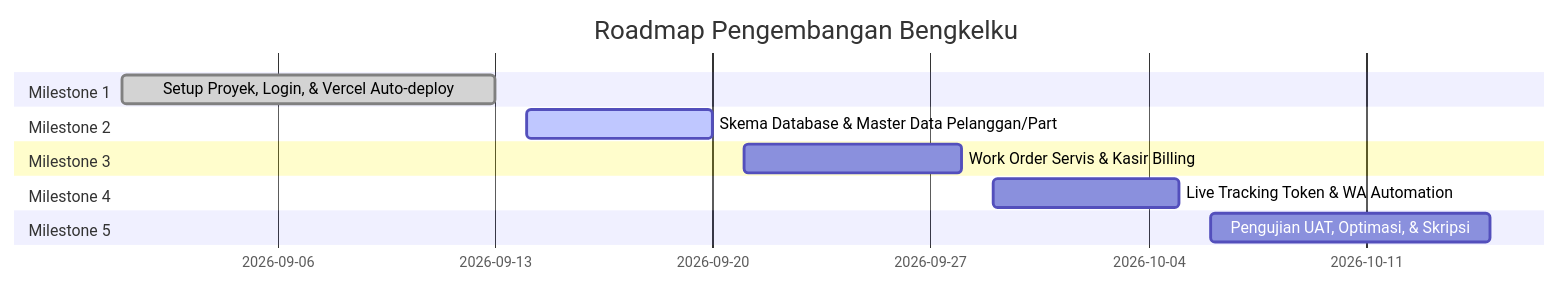
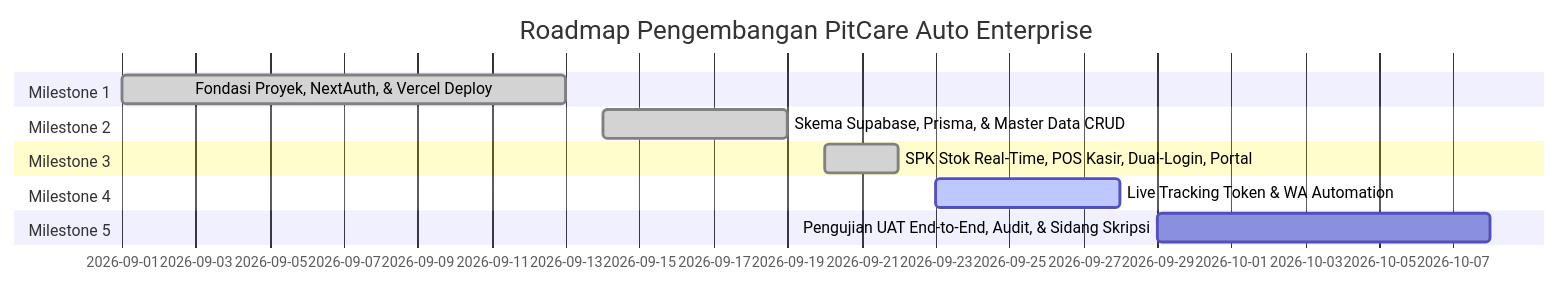
One commit to PrabuPebe/bengkel-app changed the third of 3 diagrams in docs/PRD.md. Above: the diagram before and after it, drawn with Mermaid. The commit also changed other lines of this file, not shown here.

Commit message:
docs: update PRD to v2.0.0 for PitCare Auto Enterprise with completed Milestone 3

````diff
--- a/docs/PRD.md
+++ b/docs/PRD.md
@@ -256,15 +270,15 @@
 ```mermaid
 gantt
-    title Roadmap Pengembangan Bengkelku
+    title Roadmap Pengembangan PitCare Auto Enterprise
     dateFormat  YYYY-MM-DD
     section Milestone 1
-    Setup Proyek, Login, & Vercel Auto-deploy :done, m1, 2026-09-01, 2026-09-13
+    Fondasi Proyek, NextAuth, & Vercel Deploy :done, m1, 2026-09-01, 2026-09-13
     section Milestone 2
-    Skema Database & Master Data Pelanggan/Part :active, m2, 2026-09-14, 2026-09-20
+    Skema Supabase, Prisma, & Master Data CRUD :done, m2, 2026-09-14, 2026-09-19
     section Milestone 3
-    Work Order Servis & Kasir Billing :m3, 2026-09-21, 2026-09-28
+    SPK Stok Real-Time, POS Kasir, Dual-Login, Portal :done, m3, 2026-09-20, 2026-09-22
     section Milestone 4
-    Live Tracking Token & WA Automation :m4, 2026-09-29, 2026-10-05
+    Live Tracking Token & WA Automation :active, m4, 2026-09-23, 2026-09-28
     section Milestone 5
-    Pengujian UAT, Optimasi, & Skripsi :m5, 2026-10-06, 2026-10-15
+    Pengujian UAT End-to-End, Audit, & Sidang Skripsi :m5, 2026-09-29, 2026-10-08
 ```
````
